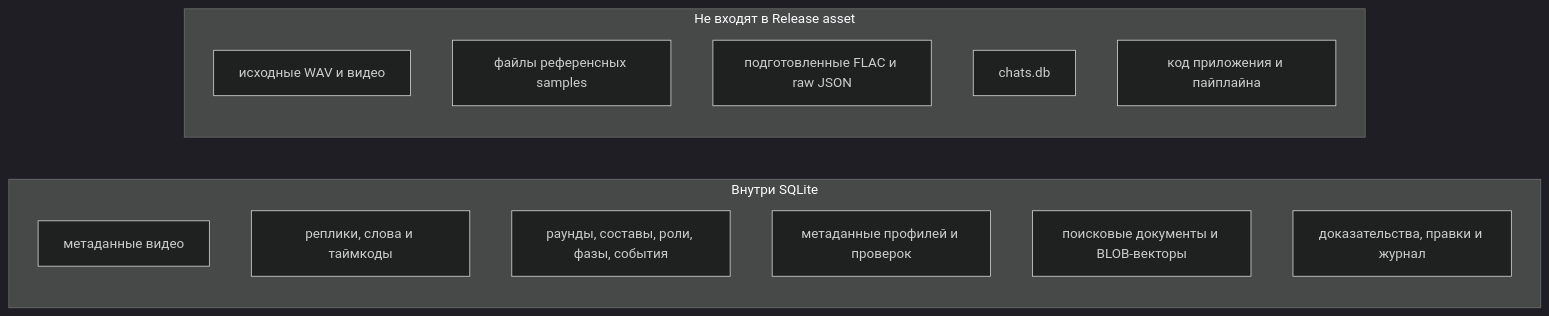
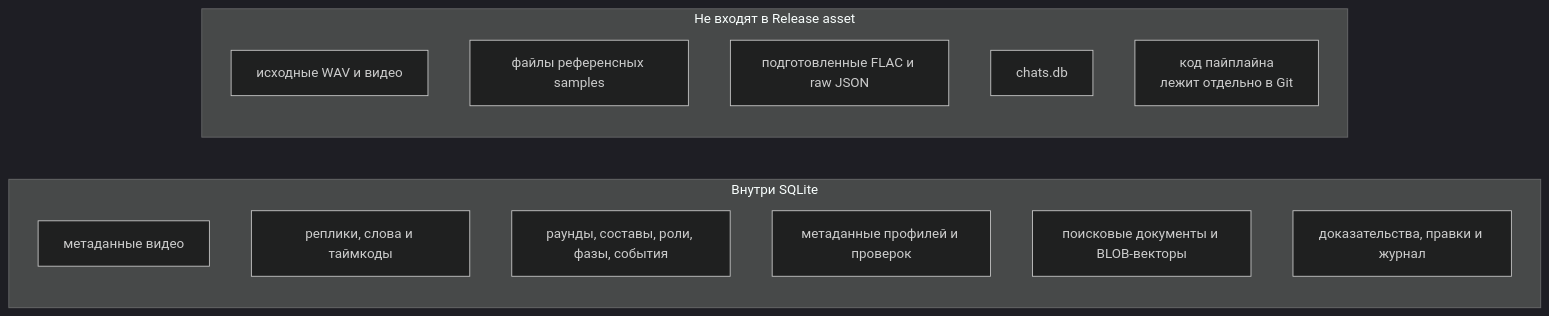
The third of 15 diagrams in README.md (Codekeeper45/ruda-data), drawn with Mermaid (dark theme) before and after one commit. The commit also changed other lines of this file and 70 other files, not shown here.

````diff
--- a/README.md
+++ b/README.md
@@ -127,18 +127,18 @@
 ```mermaid
 flowchart LR
   subgraph IN[Внутри SQLite]
     META[метаданные видео]
     TEXT[реплики, слова и таймкоды]
     GAME[раунды, составы, роли, фазы, события]
     VOICE[метаданные профилей и проверок]
     SEARCH[поисковые документы и BLOB-векторы]
     HISTORY[доказательства, правки и журнал]
   end
   subgraph OUT[Не входят в Release asset]
     WAV[исходные WAV и видео]
     SAMPLES[файлы референсных samples]
     PREP[подготовленные FLAC и raw JSON]
     CHATS[chats.db]
-    CODE[код приложения и пайплайна]
+    CODE[код пайплайна<br/>лежит отдельно в Git]
   end
 ```
````
